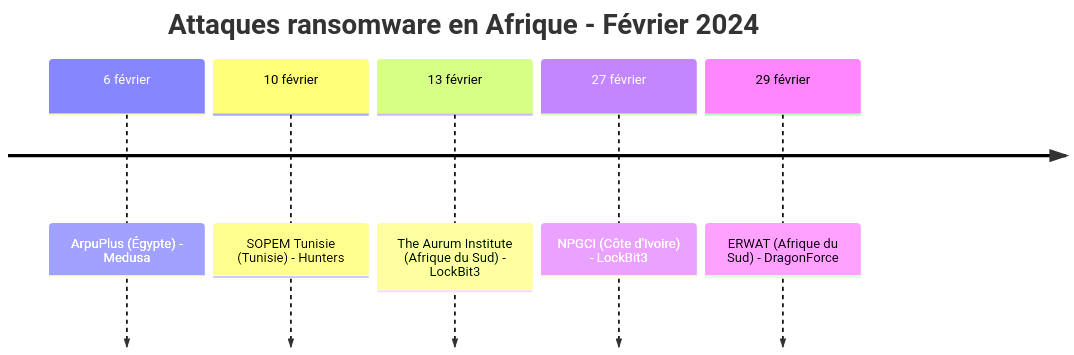
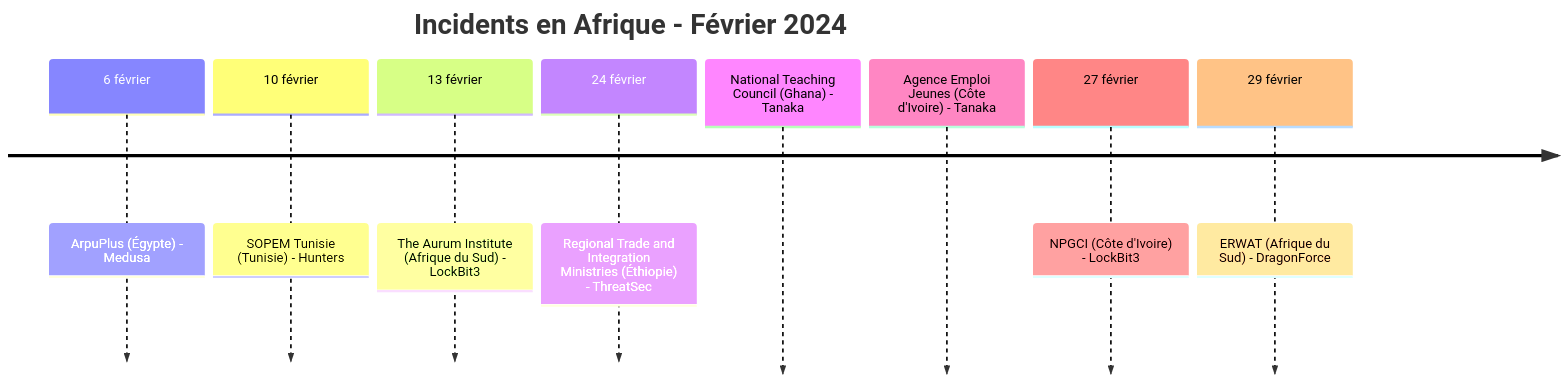
The first of 5 diagrams in CyberAttackAfrica/2024/02-february/README_FR.md (Hatchepsoute/AFRINTEL), drawn with Mermaid before and after one commit. The commit also changed other lines of this file and 255 other files, not shown here.

````diff
--- a/CyberAttackAfrica/2024/02-february/README_FR.md
+++ b/CyberAttackAfrica/2024/02-february/README_FR.md
@@ -36,9 +39,12 @@
 ```mermaid
 timeline
-    title Attaques ransomware en Afrique - Février 2024
+    title Incidents en Afrique - Février 2024
     6 février : ArpuPlus (Égypte) - Medusa
     10 février : SOPEM Tunisie (Tunisie) - Hunters
     13 février : The Aurum Institute (Afrique du Sud) - LockBit3
+    24 février : Regional Trade and Integration Ministries (Éthiopie) - ThreatSec
+                 National Teaching Council (Ghana) - Tanaka
+                 Agence Emploi Jeunes (Côte d'Ivoire) - Tanaka
     27 février : NPGCI (Côte d'Ivoire) - LockBit3
     29 février : ERWAT (Afrique du Sud) - DragonForce
 ```
````
